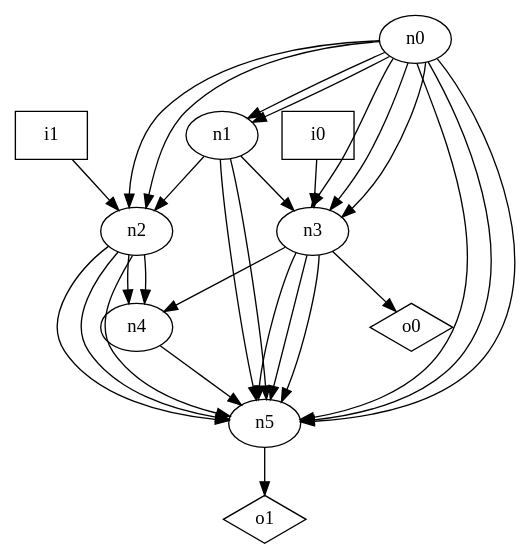
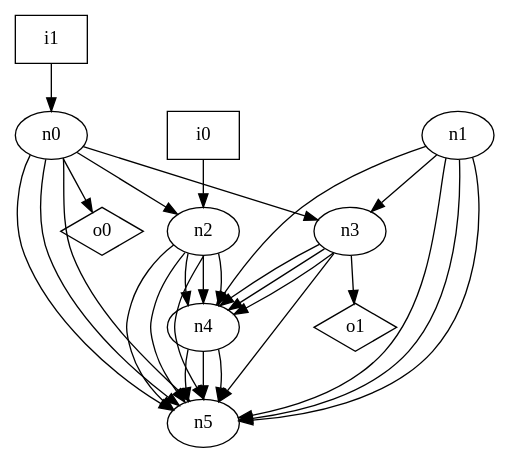
The diagram in dot_files/random/random_DAG_loop_free_graph.dot (p9romain/bool-circuits), drawn with Graphviz before and after one commit. The commit also changed 30 other files, not shown here.

```diff
--- a/dot_files/random/random_DAG_loop_free_graph.dot
+++ b/dot_files/random/random_DAG_loop_free_graph.dot
@@ -1,40 +1,39 @@
 digraph G {
 n0 [label="n0"];
 n1 [label="n1"];
 n2 [label="n2"];
 n3 [label="n3"];
 n4 [label="n4"];
 n5 [label="n5"];
 n6 [label="i0",shape="box"];
 n7 [label="i1",shape="box"];
 n8 [label="o0",shape="diamond"];
 n9 [label="o1",shape="diamond"];
-n0 -> n1
-n0 -> n1
 n0 -> n2
-n0 -> n2
-n0 -> n3
-n0 -> n3
 n0 -> n3
 n0 -> n5
 n0 -> n5
 n0 -> n5
-n1 -> n2
+n0 -> n8
 n1 -> n3
+n1 -> n4
 n1 -> n5
 n1 -> n5
+n1 -> n5
+n2 -> n4
 n2 -> n4
 n2 -> n4
 n2 -> n5
 n2 -> n5
 n2 -> n5
 n3 -> n4
+n3 -> n4
+n3 -> n4
 n3 -> n5
-n3 -> n5
-n3 -> n5
-n3 -> n8
+n3 -> n9
 n4 -> n5
-n5 -> n9
-n6 -> n3
-n7 -> n2
+n4 -> n5
+n4 -> n5
+n6 -> n2
+n7 -> n0
 }
```
